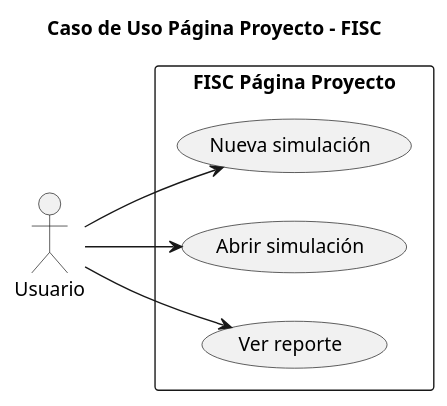
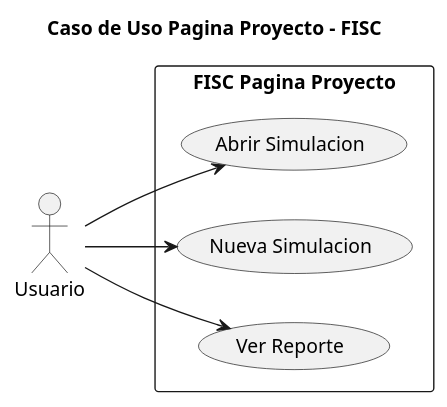
The diagram in casosDeUso/casoUsoPaginaProyecto.puml (mmasias/23-24-IdSw1-SDR), drawn with PlantUML before and after one commit. The commit also changed 39 other files, not shown here.

```diff
--- a/casosDeUso/casoUsoPaginaProyecto.puml
+++ b/casosDeUso/casoUsoPaginaProyecto.puml
@@ -1,18 +1,19 @@
 @startuml
 
-title Caso de Uso Página Proyecto - FISC
+title Caso de Uso Pagina Proyecto - FISC
 
 left to right direction
 
-actor Usuario as user2
+actor Usuario as user
 
-rectangle "FISC Página Proyecto" {
-  usecase "Nueva simulación" as nueva
-  usecase "Abrir simulación" as abrir
-  usecase "Ver reporte" as reportes
+rectangle "FISC Pagina Proyecto" {
+    usecase "Abrir Simulacion" as abrirSimulacion
+    usecase "Nueva Simulacion" as nuevaSimulacion
+    usecase "Ver Reporte" as verReporte
 }
-  user2 --> nueva : ""
-  user2 --> abrir : ""
-  user2 --> reportes : ""
+
+user --> abrirSimulacion : ""
+user --> nuevaSimulacion : ""
+user --> verReporte : ""
 
 @enduml
```
